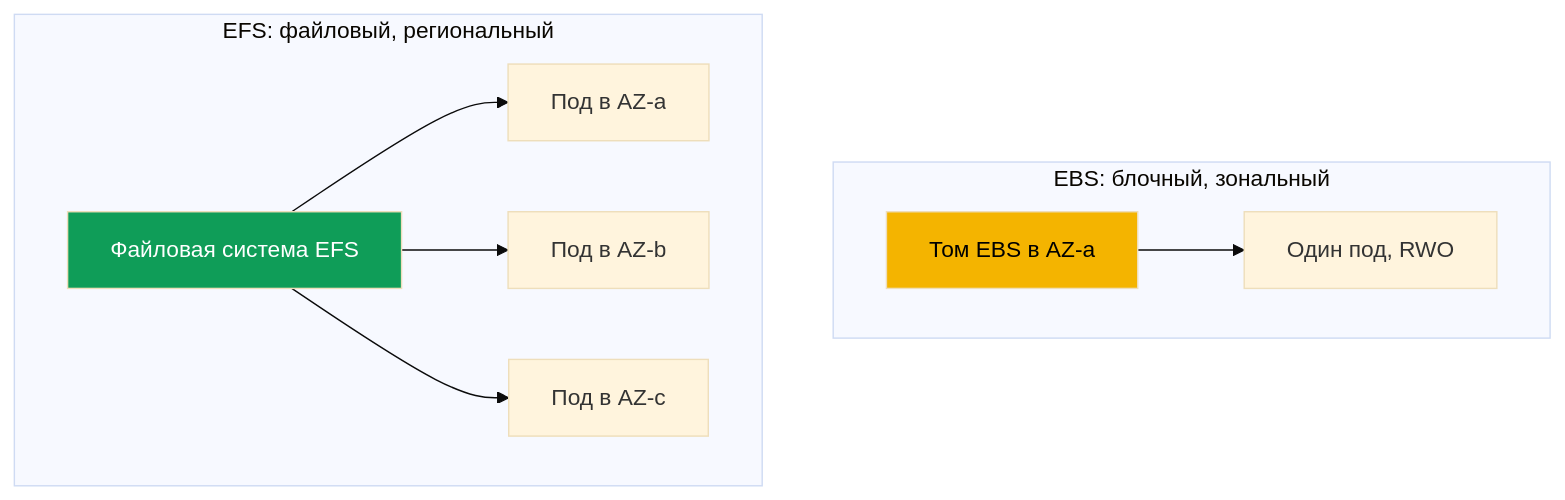
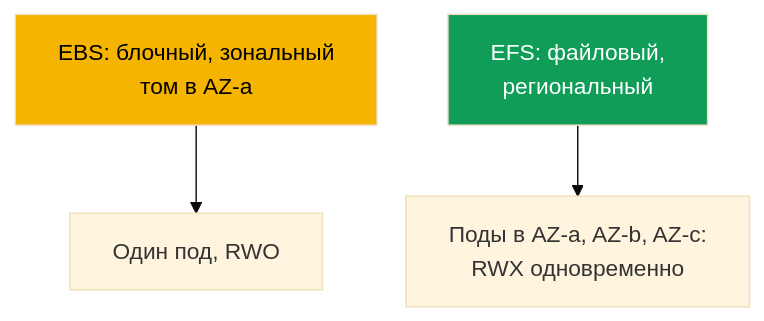
One commit to ViktorUJ/cks changed the first of 2 diagrams in tasks/eks/course/24/ru.md. Above: the diagram before and after it, drawn with Mermaid (base theme). The commit also changed other lines of this file and 52 other files, not shown here.

````diff
--- a/tasks/eks/course/24/ru.md
+++ b/tasks/eks/course/24/ru.md
@@ -43,19 +43,7 @@
 ```mermaid
 flowchart TB
-    subgraph block["EBS: блочный, зональный"]
-        ebs["Том EBS в AZ-a"]
-        p1["Один под, RWO"]
-        ebs --> p1
-    end
-    subgraph file["EFS: файловый, региональный"]
-        efs["Файловая система EFS"]
-        pa["Под в AZ-a"]
-        pb["Под в AZ-b"]
-        pc["Под в AZ-c"]
-        efs --> pa
-        efs --> pb
-        efs --> pc
-    end
+    ebs["EBS: блочный, зональный<br/>том в AZ-a"] --> p1["Один под, RWO"]
+    efs["EFS: файловый,<br/>региональный"] --> pa["Поды в AZ-a, AZ-b, AZ-c:<br/>RWX одновременно"]
     style ebs fill:#f4b400,color:#000
     style efs fill:#0f9d58,color:#fff
 ```
````
